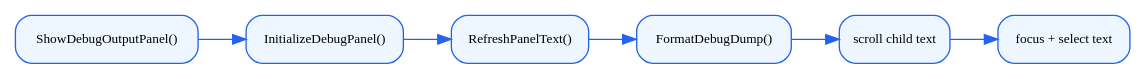
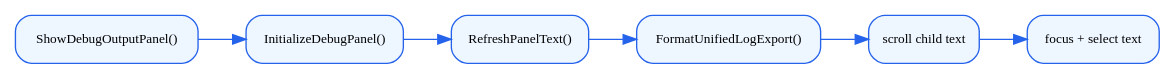
The second of 2 diagrams in docs/specs/ui/ui-debug-panel.md (terencefan/inority-wow), drawn with Graphviz before and after one commit. The commit also changed other lines of this file and 36 other files, not shown here.

````diff
--- a/docs/specs/ui/ui-debug-panel.md
+++ b/docs/specs/ui/ui-debug-panel.md
@@ -90,17 +92,17 @@
 ```dot
 digraph DebugRenderFlow {
   rankdir=LR;
   graph [fontsize=10];
   node [shape=box style="rounded,filled" fillcolor="#EEF6FF" color="#2563EB" fontname="Microsoft YaHei" fontsize=10];
   edge [color="#2563EB" fontsize=9 fontname="Microsoft YaHei"];
 
   Show [label="ShowDebugOutputPanel()"];
   Init [label="InitializeDebugPanel()"];
   Refresh [label="RefreshPanelText()"];
-  Format [label="FormatDebugDump()"];
+  Format [label="FormatUnifiedLogExport()"];
   Text [label="scroll child text"];
   Focus [label="focus + select text"];
 
   Show -> Init -> Refresh -> Format -> Text -> Focus;
 }
 ```
````
